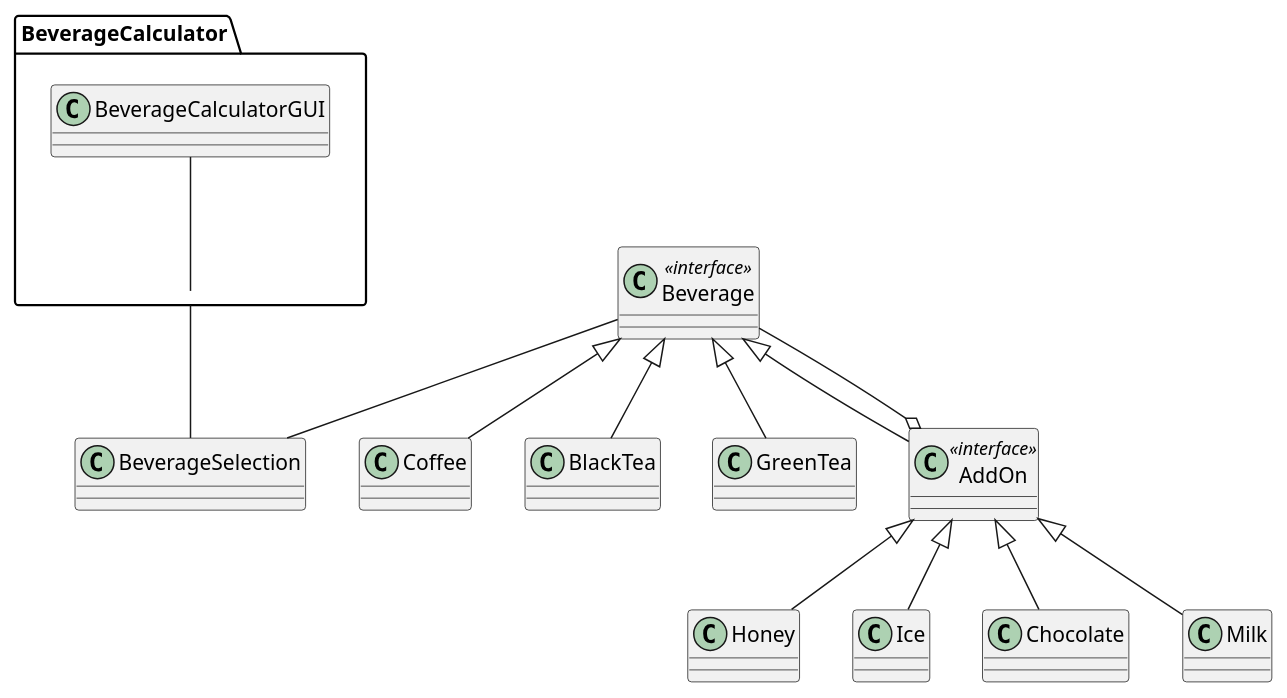
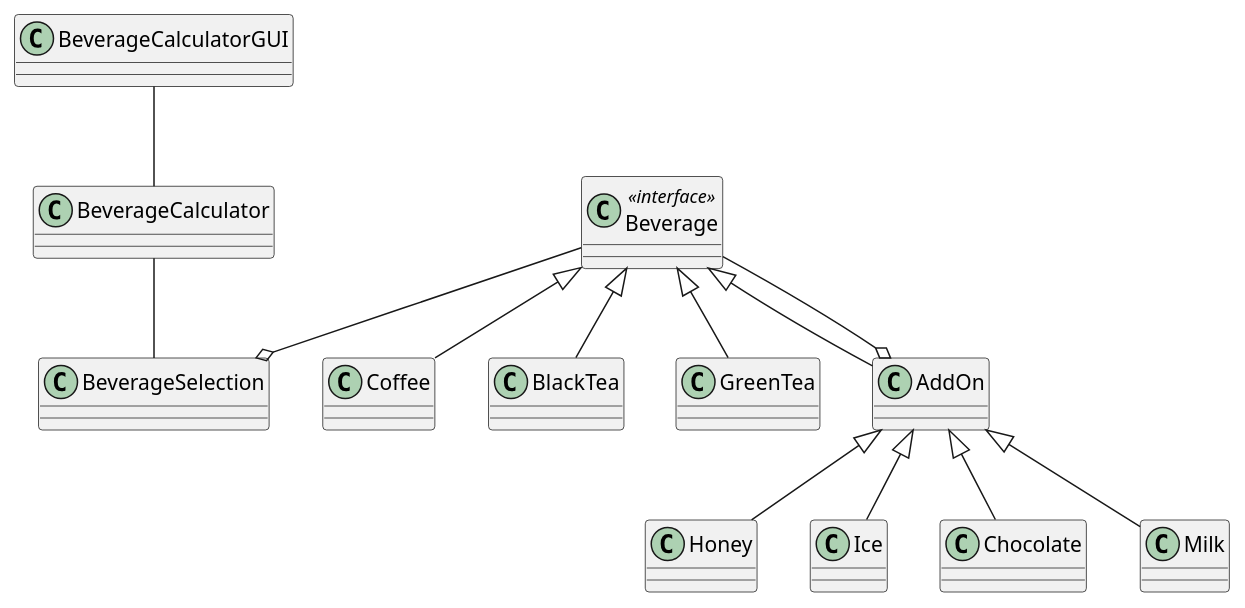
One commit to MinyaoTan/beverage-price-calculator changed the diagram in out/production/BeverageCalculator/BeverageCalculatorClassDiagram.puml. Above: the diagram before and after it, drawn with PlantUML. The commit also changed 29 other files, not shown here.

```diff
--- a/out/production/BeverageCalculator/BeverageCalculatorClassDiagram.puml
+++ b/out/production/BeverageCalculator/BeverageCalculatorClassDiagram.puml
@@ -1,24 +1,24 @@
 @startuml
 
-BeverageCalculator.BeverageCalculatorGUI -- BeverageCalculator
+BeverageCalculatorGUI -- BeverageCalculator
 BeverageCalculator -- BeverageSelection
-Beverage -- BeverageSelection
+Beverage --o BeverageSelection
 Beverage <|-- Coffee
 Beverage <|-- BlackTea
 Beverage <|-- GreenTea
 Beverage <|-- AddOn
 AddOn o-- Beverage
 AddOn <|-- Honey
 AddOn <|-- Ice
 AddOn <|-- Chocolate
 AddOn <|-- Milk
 
 class Beverage <<interface>> {
 
 }
 
-class AddOn <<interface>> {
+class AddOn {
 
 }
 
 @enduml
```
